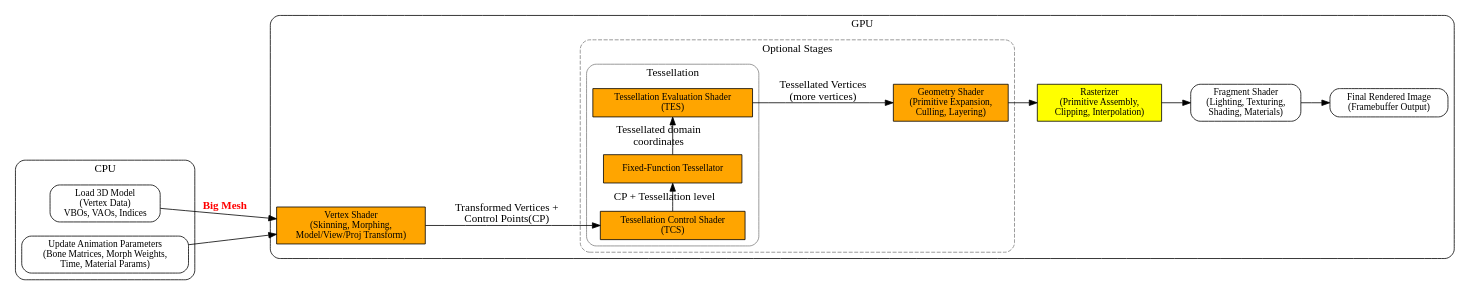
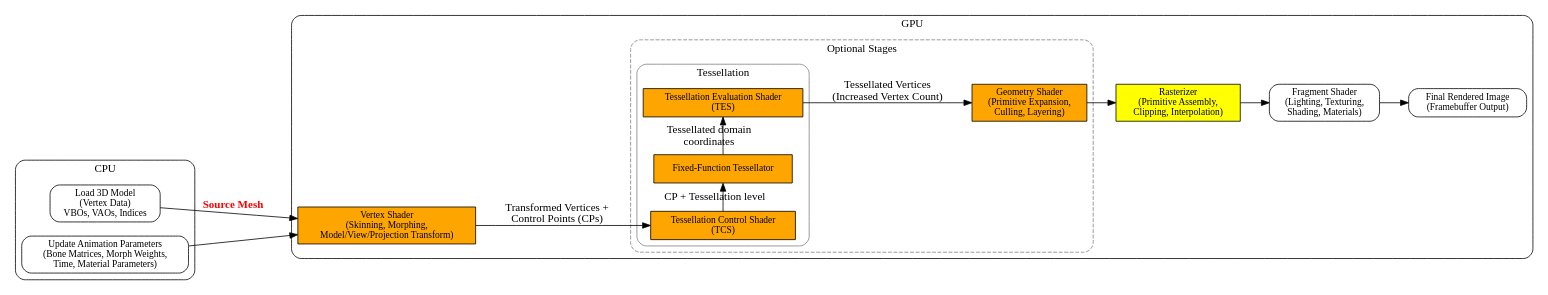
Before and after one commit to Jonathan2251/gpu: the diagram in Fig/opengl/short-rendering-pipeline-shaders-cpu-gpu-2.gv, drawn with Graphviz. The commit also changed other lines of this file and 31 other files, not shown here.

```diff
--- a/Fig/opengl/short-rendering-pipeline-shaders-cpu-gpu-2.gv
+++ b/Fig/opengl/short-rendering-pipeline-shaders-cpu-gpu-2.gv
@@ -1,64 +1,64 @@
 digraph CPU_GPU_Pipeline {
     rankdir=LR;
     node [shape=box, style=rounded, fontsize=12];
 
     subgraph cluster_cpu {
         label="CPU";
         style=rounded;
         CPU_Vertex [label="Load 3D Model\n(Vertex Data)\nVBOs, VAOs, Indices"];
-        CPU_Anim   [label="Update Animation Parameters\n(Bone Matrices, Morph Weights,\nTime, Material Params)"];
+        CPU_Anim   [label="Update Animation Parameters\n(Bone Matrices, Morph Weights,\nTime, Material Parameters)"];
     }
 
     subgraph cluster_gpu {
         label="GPU";
         style=rounded;
 
-        VS   [label="Vertex Shader\n(Skinning, Morphing,\nModel/View/Proj Transform)",
+        VS   [label="Vertex Shader\n(Skinning, Morphing,\nModel/View/Projection Transform)",
               style=filled, fillcolor=orange];
 
         subgraph cluster_optional {
             label="Optional Stages";
             style="rounded,dashed";
             color="gray";
 
             subgraph cluster_ts {
                 label="Tessellation";
                 style=rounded;
 
                 TCS  [label="Tessellation Control Shader\n(TCS)",
                       style=filled, fillcolor=orange];
 
                 TS  [label="Fixed-Function Tessellator",
                       style=filled, fillcolor=orange];
 
                 TES  [label="Tessellation Evaluation Shader\n(TES)",
                       style=filled, fillcolor=orange];
 
                 TCS -> TS [label="CP + Tessellation level"];
                 TS -> TES  [label="Tessellated domain\ncoordinates"];
 
                 { rank = same;  TCS; TS; TES }
             }
 
             GS   [label="Geometry Shader\n(Primitive Expansion,\nCulling, Layering)",
                   style=filled, fillcolor=orange];
         }
 
         Raster [label="Rasterizer\n(Primitive Assembly,\nClipping, Interpolation)",
                 style=filled, fillcolor=yellow];
 
         FS   [label="Fragment Shader\n(Lighting, Texturing,\nShading, Materials)"];
 
         FB   [label="Final Rendered Image\n(Framebuffer Output)"];
     }
 
-    CPU_Vertex -> VS [label=<<b><font color="red">Big Mesh</font></b>>];
+    CPU_Vertex -> VS [label=<<b><font color="red">Source Mesh</font></b>>];
     CPU_Anim   -> VS;
 
-    VS  -> TCS [label="Transformed Vertices +\nControl Points(CP)"];
-    TES -> GS [label="Tessellated Vertices\n(more vertices)"];
+    VS  -> TCS [label="Transformed Vertices +\nControl Points (CPs)"];
+    TES -> GS [label="Tessellated Vertices\n(Increased Vertex Count)"];
     GS  -> Raster;
 
     Raster -> FS;
     FS -> FB;
 }
```
